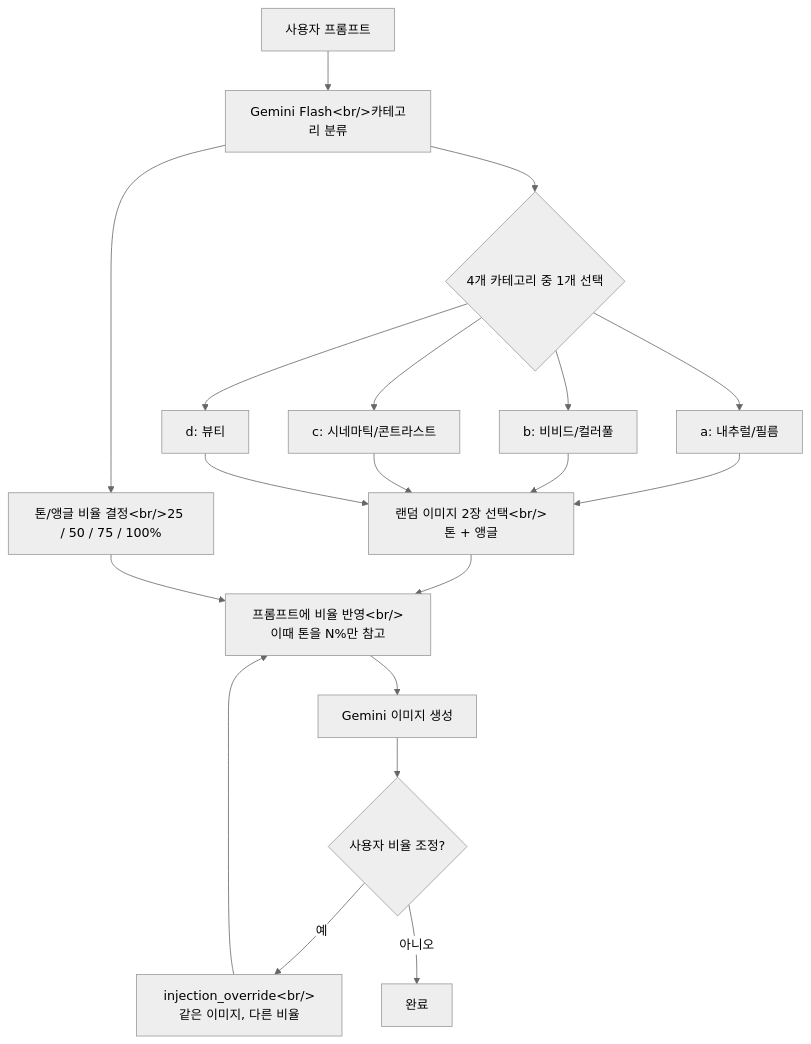
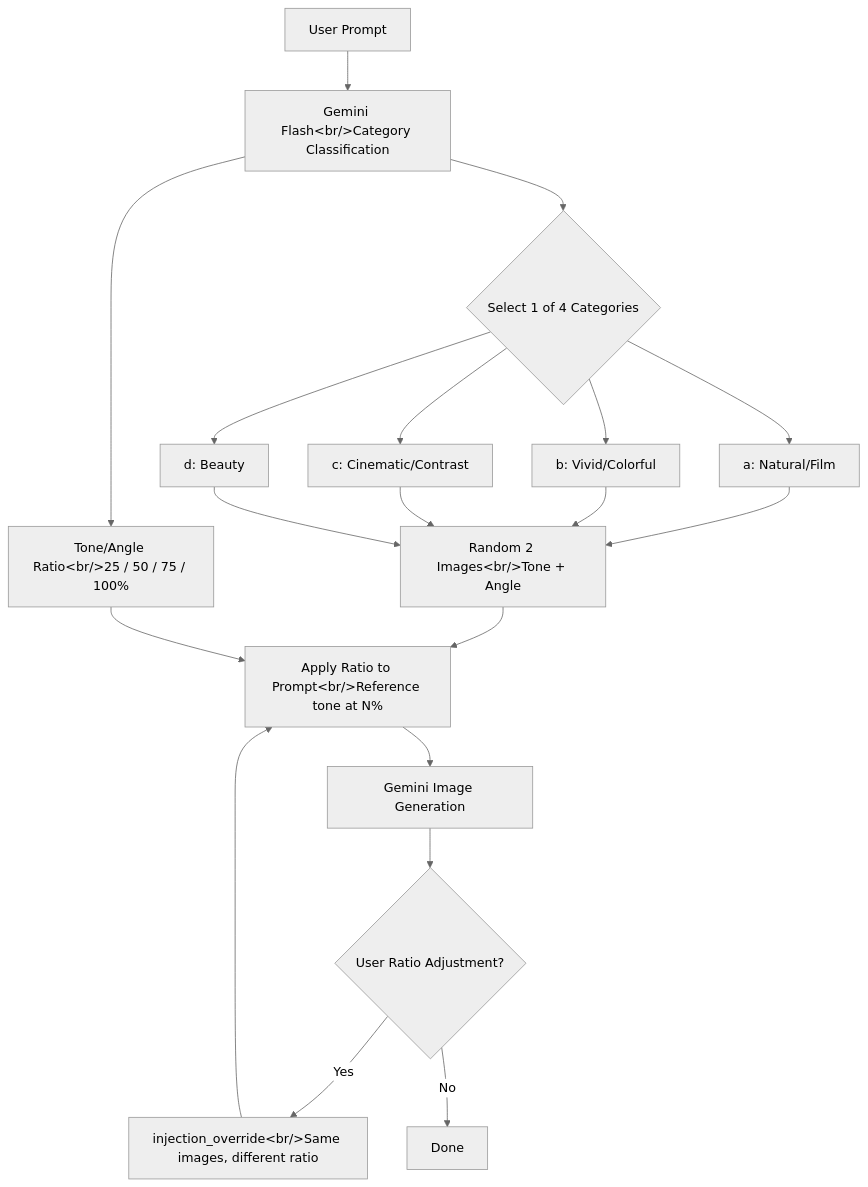
Before and after one commit to ice-ice-bear/ice-ice-bear.github.io: the diagram in content/en/posts/2026-04-02-hybrid-search-dev7.md, drawn with Mermaid (neutral theme). The commit also changed other lines of this file and 23 other files, not shown here.

````diff
--- a/content/en/posts/2026-04-02-hybrid-search-dev7.md
+++ b/content/en/posts/2026-04-02-hybrid-search-dev7.md
@@ -23,21 +23,21 @@
 ```mermaid
 graph TD
-    A["사용자 프롬프트"] --> B["Gemini Flash&lt;br/&gt;카테고리 분류"]
-    B --> C{"4개 카테고리 중 1개 선택"}
-    C --> D["a: 내추럴/필름"]
-    C --> E["b: 비비드/컬러풀"]
-    C --> F["c: 시네마틱/콘트라스트"]
-    C --> G["d: 뷰티"]
-    D --> H["랜덤 이미지 2장 선택&lt;br/&gt;톤 + 앵글"]
+    A["User Prompt"] --> B["Gemini Flash&lt;br/&gt;Category Classification"]
+    B --> C{"Select 1 of 4 Categories"}
+    C --> D["a: Natural/Film"]
+    C --> E["b: Vivid/Colorful"]
+    C --> F["c: Cinematic/Contrast"]
+    C --> G["d: Beauty"]
+    D --> H["Random 2 Images&lt;br/&gt;Tone + Angle"]
     E --> H
     F --> H
     G --> H
-    B --> I["톤/앵글 비율 결정&lt;br/&gt;25 / 50 / 75 / 100%"]
-    H --> J["프롬프트에 비율 반영&lt;br/&gt;이때 톤을 N%만 참고"]
+    B --> I["Tone/Angle Ratio&lt;br/&gt;25 / 50 / 75 / 100%"]
+    H --> J["Apply Ratio to Prompt&lt;br/&gt;Reference tone at N%"]
     I --> J
-    J --> K["Gemini 이미지 생성"]
-    K --> L{"사용자 비율 조정?"}
-    L -->|"예"| M["injection_override&lt;br/&gt;같은 이미지, 다른 비율"]
+    J --> K["Gemini Image Generation"]
+    K --> L{"User Ratio Adjustment?"}
+    L -->|"Yes"| M["injection_override&lt;br/&gt;Same images, different ratio"]
     M --> J
-    L -->|"아니오"| N["완료"]
+    L -->|"No"| N["Done"]
 ```
````
